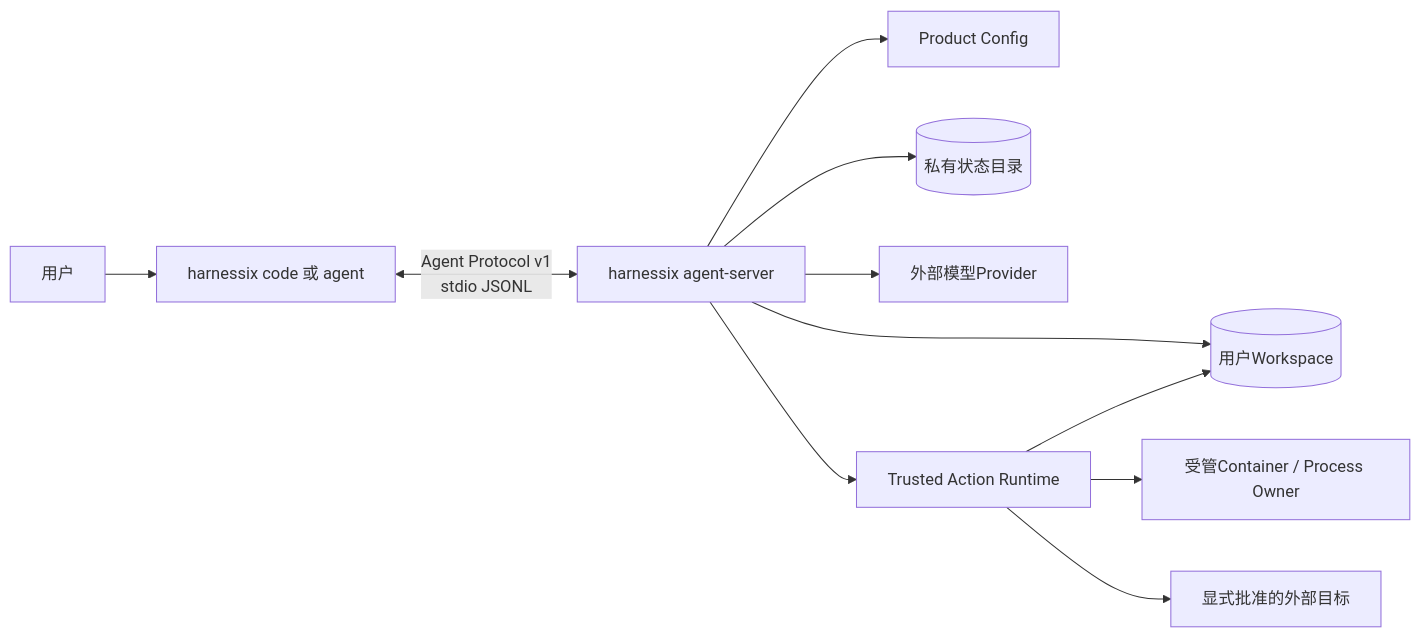
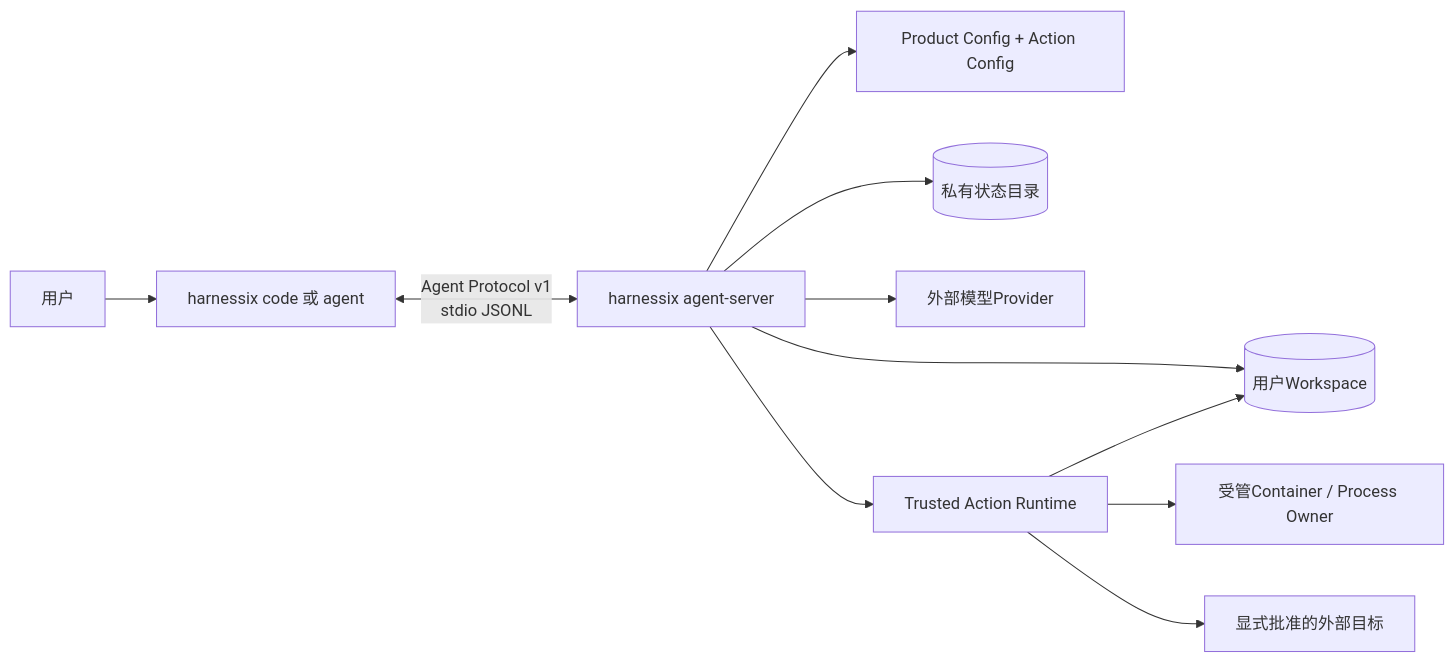
The diagram in docs/deployment.md (carrie1988/Harnessix), drawn with Mermaid before and after one commit. The commit also changed other lines of this file and 47 other files, not shown here.

````diff
--- a/docs/deployment.md
+++ b/docs/deployment.md
@@ -71,13 +73,13 @@
 ```mermaid
 flowchart LR
     User[用户] --> UI[harnessix code 或 agent]
     UI <-->|Agent Protocol v1<br/>stdio JSONL| Server[harnessix agent-server]
-    Server --> Config[Product Config]
+    Server --> Config[Product Config + Action Config]
     Server --> State[(私有状态目录)]
     Server --> Workspace[(用户Workspace)]
     Server --> Provider[外部模型Provider]
     Server --> Router[Trusted Action Runtime]
     Router --> Workspace
     Router --> Container[受管Container / Process Owner]
     Router --> External[显式批准的外部目标]
 ```
````
